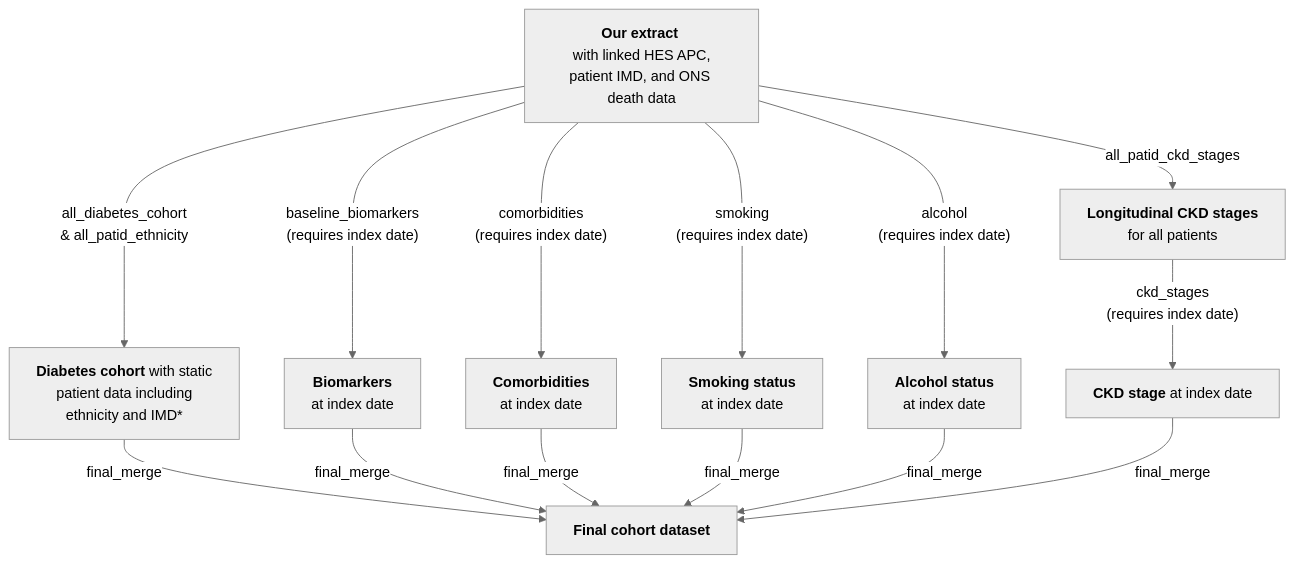
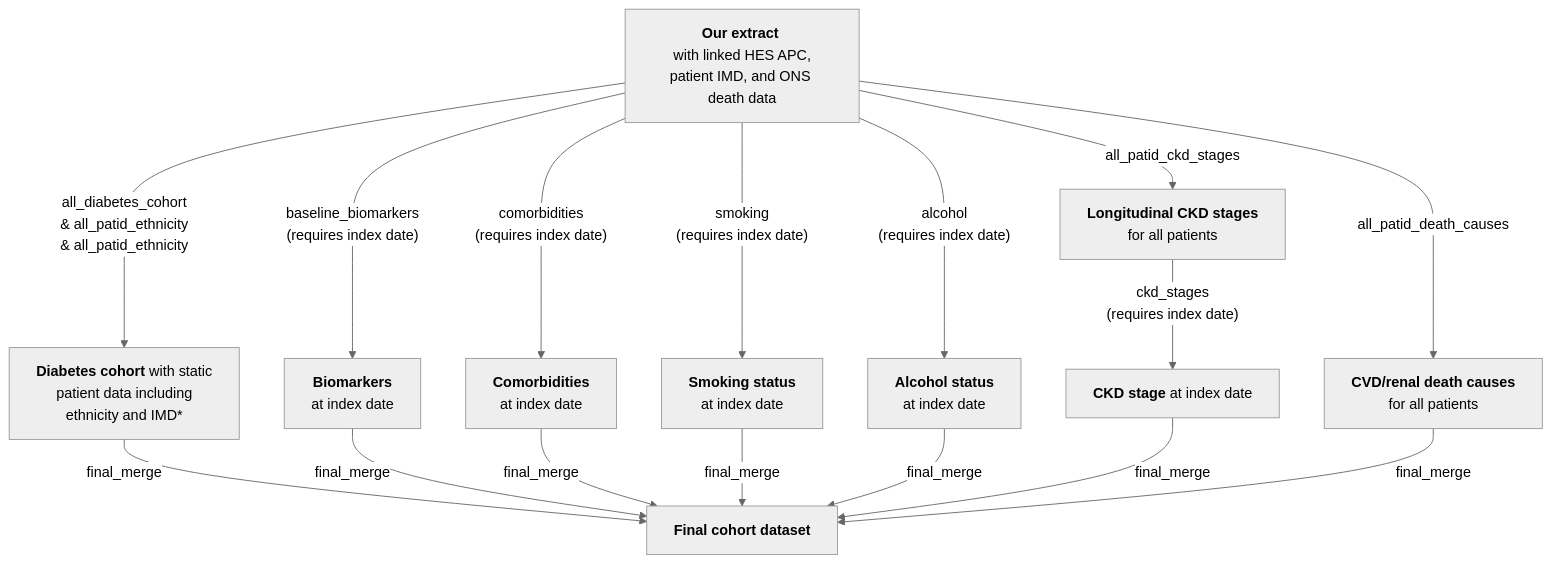
The second of 2 diagrams in README.md (Exeter-Diabetes/CPRD-Cohort-scripts), drawn with Mermaid (neutral theme) before and after one commit.

````diff
--- a/README.md
+++ b/README.md
@@ -41,16 +41,19 @@
 ```mermaid
 graph TD;
-    A["<b>Our extract</b> <br> with linked HES APC, patient IMD, and ONS death data"] --> |"all_diabetes_cohort <br> & all_patid_ethnicity"|B["<b>Diabetes cohort</b> with static <br> patient data including <br> ethnicity and IMD*"]
+    A["<b>Our extract</b> <br> with linked HES APC, patient IMD, and ONS death data"] --> |"all_diabetes_cohort <br> & all_patid_ethnicity<br> & all_patid_ethnicity"|B["<b>Diabetes cohort</b> with static <br> patient data including <br> ethnicity and IMD*"]
+    A-->|"all_patid_death_causes"|K["<b>CVD/renal death causes</b> <br> for all patients"]
     A-->|"all_patid_ckd_stages"|C["<b>Longitudinal CKD stages</b> <br> for all patients"]
     A-->|"baseline_biomarkers <br> (requires index date)"|E["<b>Biomarkers</b> <br> at index date"]
     A-->|"comorbidities <br> (requires index date)"|F["<b>Comorbidities</b> <br> at index date"]
     A-->|"smoking <br> (requires index date)"|G["<b>Smoking status</b> <br> at index date"]
     A-->|"alcohol <br> (requires index date)"|H["<b>Alcohol status</b> <br> at index date"]
     C-->|"ckd_stages <br> (requires index date)"|I["<b>CKD stage</b <br> at index date"]
     B-->|"final_merge"|J["<b>Final cohort dataset</b>"]
     E-->|"final_merge"|J
     F-->|"final_merge"|J
     G-->|"final_merge"|J
     H-->|"final_merge"|J
     I-->|"final_merge"|J
+    K-->|"final_merge"|J
+    
 ```
````
